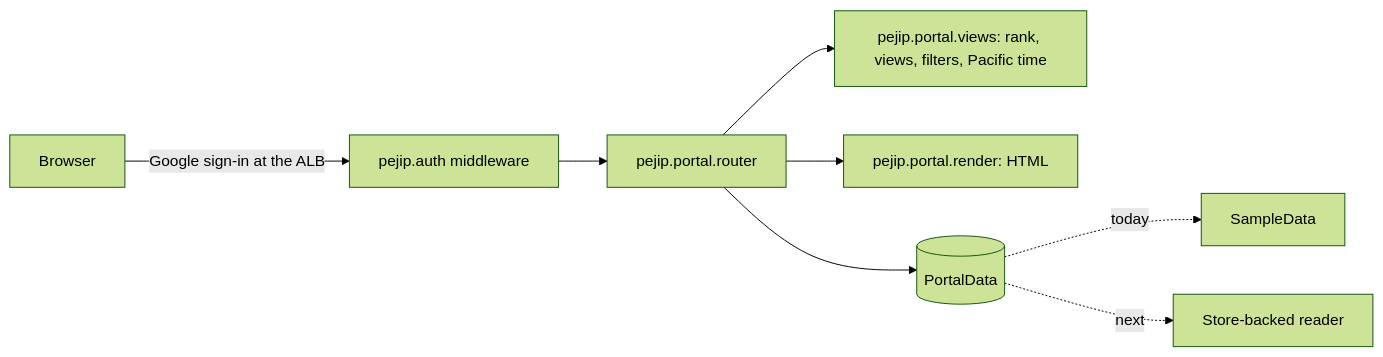
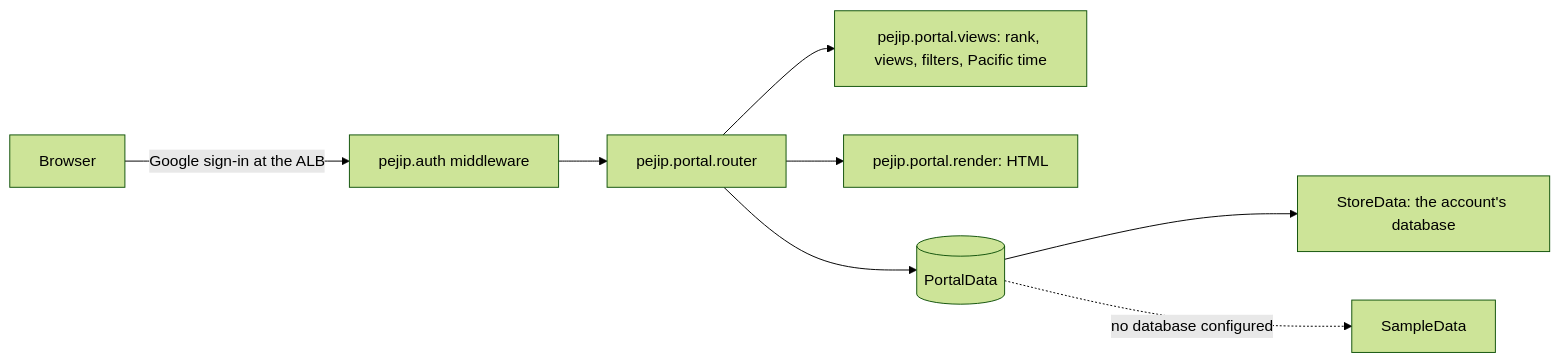
Before and after one commit to madduri-ops/PEJIP: the diagram in docs/design/0013-web-portal.md, drawn with Mermaid (forest theme). The commit also changed other lines of this file and 12 other files, not shown here.

````diff
--- a/docs/design/0013-web-portal.md
+++ b/docs/design/0013-web-portal.md
@@ -48,10 +46,10 @@
 ```mermaid
 flowchart LR
     browser[Browser] -->|Google sign-in at the ALB| auth[pejip.auth middleware]
     auth --> routes[pejip.portal.router]
     routes --> views[pejip.portal.views: rank, views, filters, Pacific time]
     routes --> render[pejip.portal.render: HTML]
     routes --> data[(PortalData)]
-    data -.today.-> sample[SampleData]
-    data -.next.-> store[Store-backed reader]
+    data --> store[StoreData: the account's database]
+    data -.no database configured.-> sample[SampleData]
 ```
````
